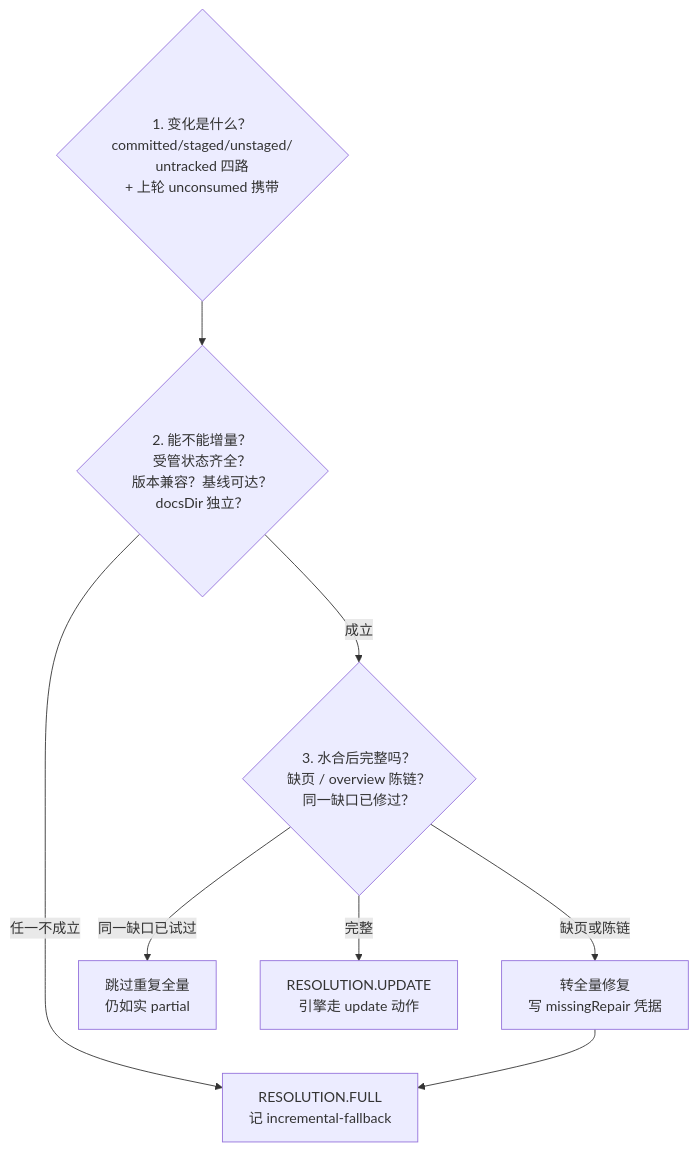
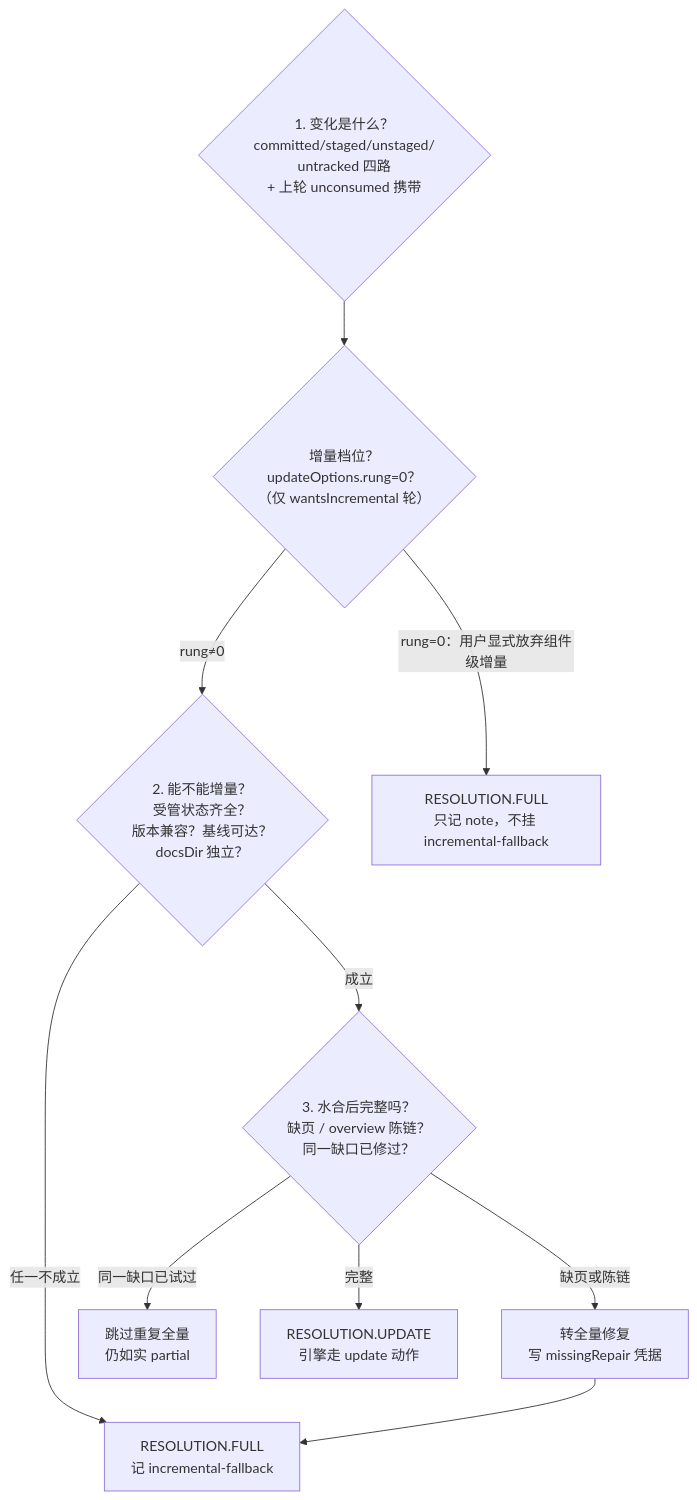
The third of 5 diagrams in .codewiki/_native-state/docs/native_execution_and_workspace_infrastructure.md (ikliml666/dsh-codewiki), drawn with Mermaid before and after one commit. The commit also changed other lines of this file and 22 other files, not shown here.

````diff
--- a/.codewiki/_native-state/docs/native_execution_and_workspace_infrastructure.md
+++ b/.codewiki/_native-state/docs/native_execution_and_workspace_infrastructure.md
@@ -119,13 +119,16 @@
 ```mermaid
 flowchart TD
     Q1{"1. 变化是什么？<br/>committed/staged/unstaged/<br/>untracked 四路<br/>+ 上轮 unconsumed 携带"}
+    RUNG{"增量档位？<br/>updateOptions.rung=0？<br/>（仅 wantsIncremental 轮）"}
     Q2{"2. 能不能增量？<br/>受管状态齐全？<br/>版本兼容？基线可达？<br/>docsDir 独立？"}
     Q3{"3. 水合后完整吗？<br/>缺页 / overview 陈链？<br/>同一缺口已修过？"}
-    Q1 --> Q2
+    Q1 --> RUNG
+    RUNG -->|rung=0：用户显式放弃组件级增量| FULL0["RESOLUTION.FULL<br/>只记 note，不挂 incremental-fallback"]
+    RUNG -->|rung≠0| Q2
     Q2 -->|任一不成立| FULL["RESOLUTION.FULL<br/>记 incremental-fallback"]
     Q2 -->|成立| Q3
     Q3 -->|缺页或陈链| REPAIR["转全量修复<br/>写 missingRepair 凭据"]
     Q3 -->|同一缺口已试过| SKIP["跳过重复全量<br/>仍如实 partial"]
     Q3 -->|完整| UPDATE["RESOLUTION.UPDATE<br/>引擎走 update 动作"]
     REPAIR --> FULL
 ```
````
